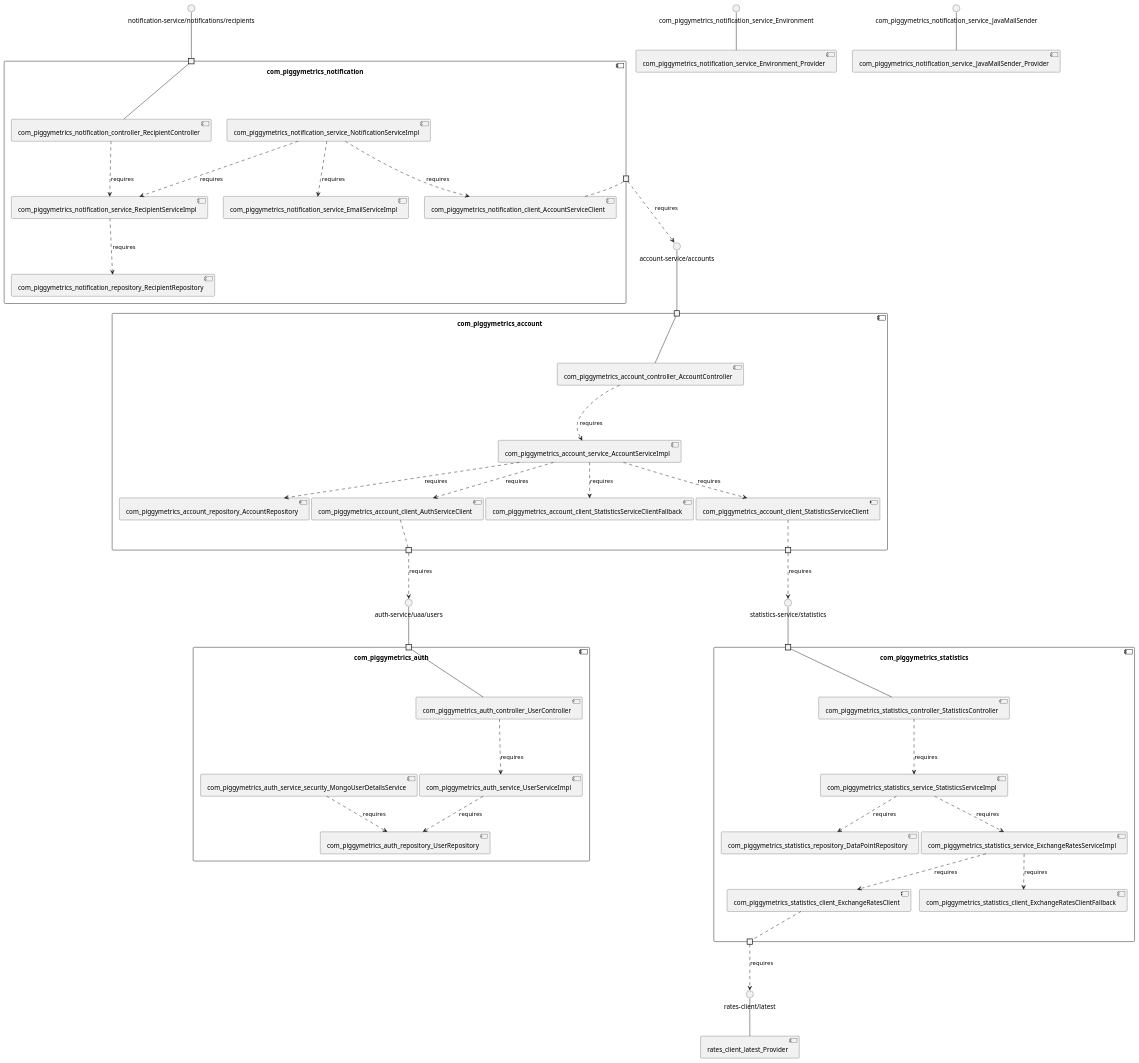
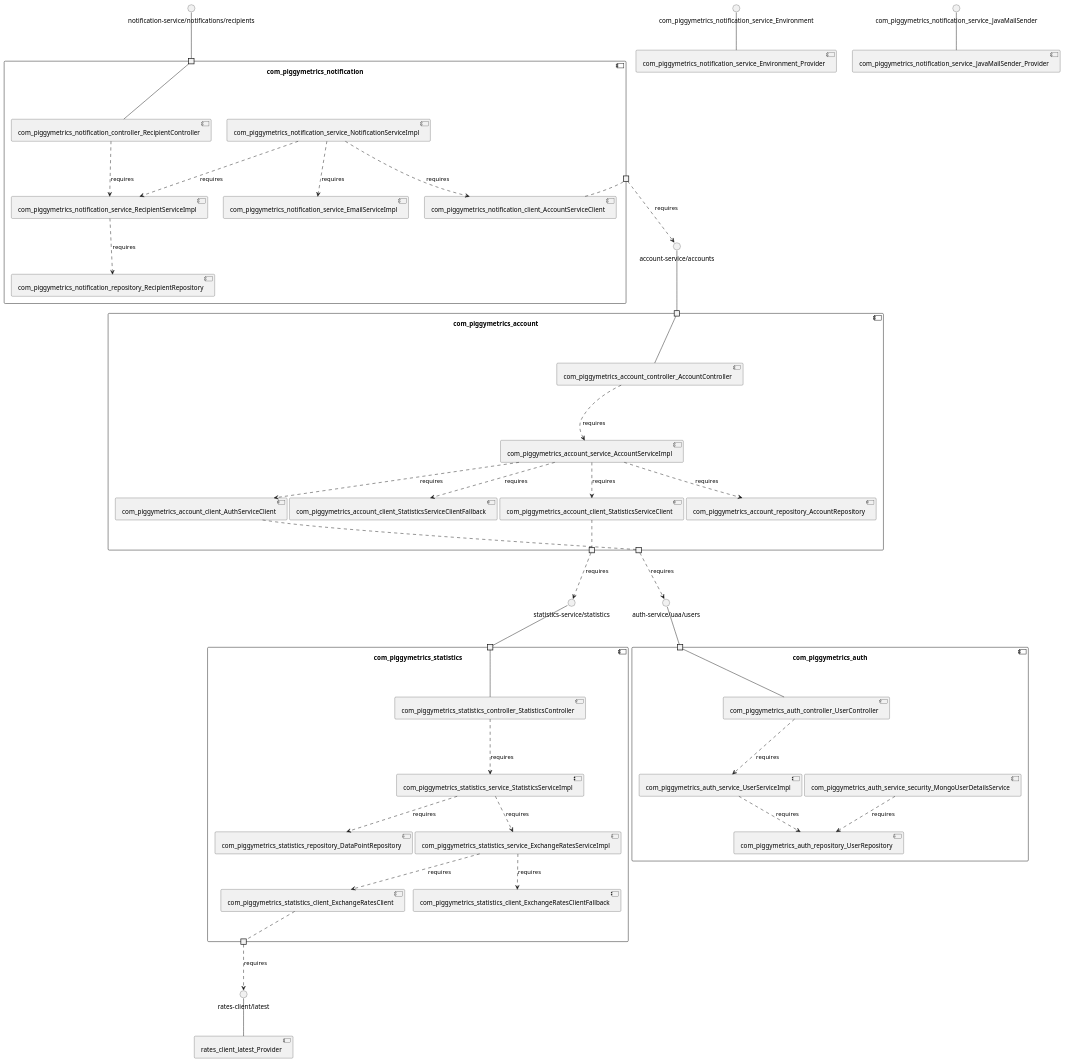
The diagram in sqshq-piggymetrics/model_re/uml/componentDiagram.puml (MSt-10/Palladio-ReverseEngineering-Benchmark), drawn with PlantUML before and after one commit. The commit also changed other lines of this file and 280 other files, not shown here.

```diff
--- a/sqshq-piggymetrics/model_re/uml/componentDiagram.puml
+++ b/sqshq-piggymetrics/model_re/uml/componentDiagram.puml
@@ -1,91 +1,91 @@
 @startuml
 skinparam fixCircleLabelOverlapping true
 skinparam componentStyle uml2
 component "com_piggymetrics_account\n\n\n\n\n\n" {
 [com_piggymetrics_account_service_AccountServiceImpl]
-[com_piggymetrics_account_client_StatisticsServiceClient]
-[com_piggymetrics_account_controller_AccountController]
-[com_piggymetrics_account_client_StatisticsServiceClientFallback]
 [com_piggymetrics_account_client_AuthServiceClient]
 [com_piggymetrics_account_repository_AccountRepository]
+[com_piggymetrics_account_controller_AccountController]
+[com_piggymetrics_account_client_StatisticsServiceClient]
+[com_piggymetrics_account_client_StatisticsServiceClientFallback]
 portin " " as com_piggymetrics_account_requires_account_service_accounts
+portout " " as com_piggymetrics_account_provides_statistics_service_statistics
 portout " " as com_piggymetrics_account_provides_auth_service_uaa_users
-portout " " as com_piggymetrics_account_provides_statistics_service_statistics
 [com_piggymetrics_account_service_AccountServiceImpl]..>[com_piggymetrics_account_client_AuthServiceClient] : requires
+[com_piggymetrics_account_service_AccountServiceImpl]..>[com_piggymetrics_account_repository_AccountRepository] : requires
 [com_piggymetrics_account_controller_AccountController]..>[com_piggymetrics_account_service_AccountServiceImpl] : requires
 [com_piggymetrics_account_service_AccountServiceImpl]..>[com_piggymetrics_account_client_StatisticsServiceClientFallback] : requires
 [com_piggymetrics_account_service_AccountServiceImpl]..>[com_piggymetrics_account_client_StatisticsServiceClient] : requires
-[com_piggymetrics_account_service_AccountServiceImpl]..>[com_piggymetrics_account_repository_AccountRepository] : requires
 "com_piggymetrics_account_requires_account_service_accounts"--[com_piggymetrics_account_controller_AccountController]
 [com_piggymetrics_account_client_AuthServiceClient].."com_piggymetrics_account_provides_auth_service_uaa_users"
 [com_piggymetrics_account_client_StatisticsServiceClient].."com_piggymetrics_account_provides_statistics_service_statistics"
 }
 interface "account-service/accounts" as interface.account_service_accounts
 interface.account_service_accounts--"com_piggymetrics_account_requires_account_service_accounts"
 interface "auth-service/uaa/users" as interface.auth_service_uaa_users
 "com_piggymetrics_account_provides_auth_service_uaa_users"..>interface.auth_service_uaa_users : requires
 interface "statistics-service/statistics" as interface.statistics_service_statistics
 "com_piggymetrics_account_provides_statistics_service_statistics"..>interface.statistics_service_statistics : requires
 component "com_piggymetrics_auth\n\n\n\n\n\n" {
+[com_piggymetrics_auth_service_UserServiceImpl]
 [com_piggymetrics_auth_service_security_MongoUserDetailsService]
 [com_piggymetrics_auth_controller_UserController]
-[com_piggymetrics_auth_service_UserServiceImpl]
 [com_piggymetrics_auth_repository_UserRepository]
 portin " " as com_piggymetrics_auth_requires_auth_service_uaa_users
-[com_piggymetrics_auth_controller_UserController]..>[com_piggymetrics_auth_service_UserServiceImpl] : requires
 [com_piggymetrics_auth_service_UserServiceImpl]..>[com_piggymetrics_auth_repository_UserRepository] : requires
 [com_piggymetrics_auth_service_security_MongoUserDetailsService]..>[com_piggymetrics_auth_repository_UserRepository] : requires
+[com_piggymetrics_auth_controller_UserController]..>[com_piggymetrics_auth_service_UserServiceImpl] : requires
 "com_piggymetrics_auth_requires_auth_service_uaa_users"--[com_piggymetrics_auth_controller_UserController]
 }
 interface "auth-service/uaa/users" as interface.auth_service_uaa_users
 interface.auth_service_uaa_users--"com_piggymetrics_auth_requires_auth_service_uaa_users"
 component "com_piggymetrics_notification\n\n\n\n\n\n" {
+[com_piggymetrics_notification_service_RecipientServiceImpl]
+[com_piggymetrics_notification_service_NotificationServiceImpl]
+[com_piggymetrics_notification_service_EmailServiceImpl]
 [com_piggymetrics_notification_repository_RecipientRepository]
 [com_piggymetrics_notification_controller_RecipientController]
-[com_piggymetrics_notification_service_EmailServiceImpl]
 [com_piggymetrics_notification_client_AccountServiceClient]
-[com_piggymetrics_notification_service_NotificationServiceImpl]
-[com_piggymetrics_notification_service_RecipientServiceImpl]
 portin " " as com_piggymetrics_notification_requires_notification_service_notifications_recipients
 portout " " as com_piggymetrics_notification_provides_account_service_accounts
+[com_piggymetrics_notification_service_NotificationServiceImpl]..>[com_piggymetrics_notification_service_RecipientServiceImpl] : requires
 [com_piggymetrics_notification_service_NotificationServiceImpl]..>[com_piggymetrics_notification_client_AccountServiceClient] : requires
+[com_piggymetrics_notification_service_NotificationServiceImpl]..>[com_piggymetrics_notification_service_EmailServiceImpl] : requires
+[com_piggymetrics_notification_controller_RecipientController]..>[com_piggymetrics_notification_service_RecipientServiceImpl] : requires
 [com_piggymetrics_notification_service_RecipientServiceImpl]..>[com_piggymetrics_notification_repository_RecipientRepository] : requires
-[com_piggymetrics_notification_service_NotificationServiceImpl]..>[com_piggymetrics_notification_service_RecipientServiceImpl] : requires
-[com_piggymetrics_notification_controller_RecipientController]..>[com_piggymetrics_notification_service_RecipientServiceImpl] : requires
-[com_piggymetrics_notification_service_NotificationServiceImpl]..>[com_piggymetrics_notification_service_EmailServiceImpl] : requires
 "com_piggymetrics_notification_requires_notification_service_notifications_recipients"--[com_piggymetrics_notification_controller_RecipientController]
 [com_piggymetrics_notification_client_AccountServiceClient].."com_piggymetrics_notification_provides_account_service_accounts"
 }
 interface "notification-service/notifications/recipients" as interface.notification_service_notifications_recipients
 interface.notification_service_notifications_recipients--"com_piggymetrics_notification_requires_notification_service_notifications_recipients"
 interface "account-service/accounts" as interface.account_service_accounts
 "com_piggymetrics_notification_provides_account_service_accounts"..>interface.account_service_accounts : requires
 component "com_piggymetrics_statistics\n\n\n\n\n\n" {
+[com_piggymetrics_statistics_service_StatisticsServiceImpl]
+[com_piggymetrics_statistics_repository_DataPointRepository]
+[com_piggymetrics_statistics_client_ExchangeRatesClient]
+[com_piggymetrics_statistics_service_ExchangeRatesServiceImpl]
+[com_piggymetrics_statistics_client_ExchangeRatesClientFallback]
 [com_piggymetrics_statistics_controller_StatisticsController]
-[com_piggymetrics_statistics_client_ExchangeRatesClientFallback]
-[com_piggymetrics_statistics_service_StatisticsServiceImpl]
-[com_piggymetrics_statistics_service_ExchangeRatesServiceImpl]
-[com_piggymetrics_statistics_client_ExchangeRatesClient]
-[com_piggymetrics_statistics_repository_DataPointRepository]
 portin " " as com_piggymetrics_statistics_requires_statistics_service_statistics
 portout " " as com_piggymetrics_statistics_provides_rates_client_latest
 [com_piggymetrics_statistics_service_StatisticsServiceImpl]..>[com_piggymetrics_statistics_repository_DataPointRepository] : requires
 [com_piggymetrics_statistics_service_ExchangeRatesServiceImpl]..>[com_piggymetrics_statistics_client_ExchangeRatesClientFallback] : requires
+[com_piggymetrics_statistics_service_StatisticsServiceImpl]..>[com_piggymetrics_statistics_service_ExchangeRatesServiceImpl] : requires
+[com_piggymetrics_statistics_controller_StatisticsController]..>[com_piggymetrics_statistics_service_StatisticsServiceImpl] : requires
 [com_piggymetrics_statistics_service_ExchangeRatesServiceImpl]..>[com_piggymetrics_statistics_client_ExchangeRatesClient] : requires
-[com_piggymetrics_statistics_controller_StatisticsController]..>[com_piggymetrics_statistics_service_StatisticsServiceImpl] : requires
-[com_piggymetrics_statistics_service_StatisticsServiceImpl]..>[com_piggymetrics_statistics_service_ExchangeRatesServiceImpl] : requires
 "com_piggymetrics_statistics_requires_statistics_service_statistics"--[com_piggymetrics_statistics_controller_StatisticsController]
 [com_piggymetrics_statistics_client_ExchangeRatesClient].."com_piggymetrics_statistics_provides_rates_client_latest"
 }
 interface "statistics-service/statistics" as interface.statistics_service_statistics
 interface.statistics_service_statistics--"com_piggymetrics_statistics_requires_statistics_service_statistics"
 interface "rates-client/latest" as interface.rates_client_latest
 "com_piggymetrics_statistics_provides_rates_client_latest"..>interface.rates_client_latest : requires
 interface "com_piggymetrics_notification_service_Environment" as interface.com_piggymetrics_notification_service_Environment
 interface.com_piggymetrics_notification_service_Environment--[com_piggymetrics_notification_service_Environment_Provider]
 interface "com_piggymetrics_notification_service_JavaMailSender" as interface.com_piggymetrics_notification_service_JavaMailSender
 interface.com_piggymetrics_notification_service_JavaMailSender--[com_piggymetrics_notification_service_JavaMailSender_Provider]
 interface "rates-client/latest" as interface.rates_client_latest
 interface.rates_client_latest--[rates_client_latest_Provider]
 
 @enduml
```
